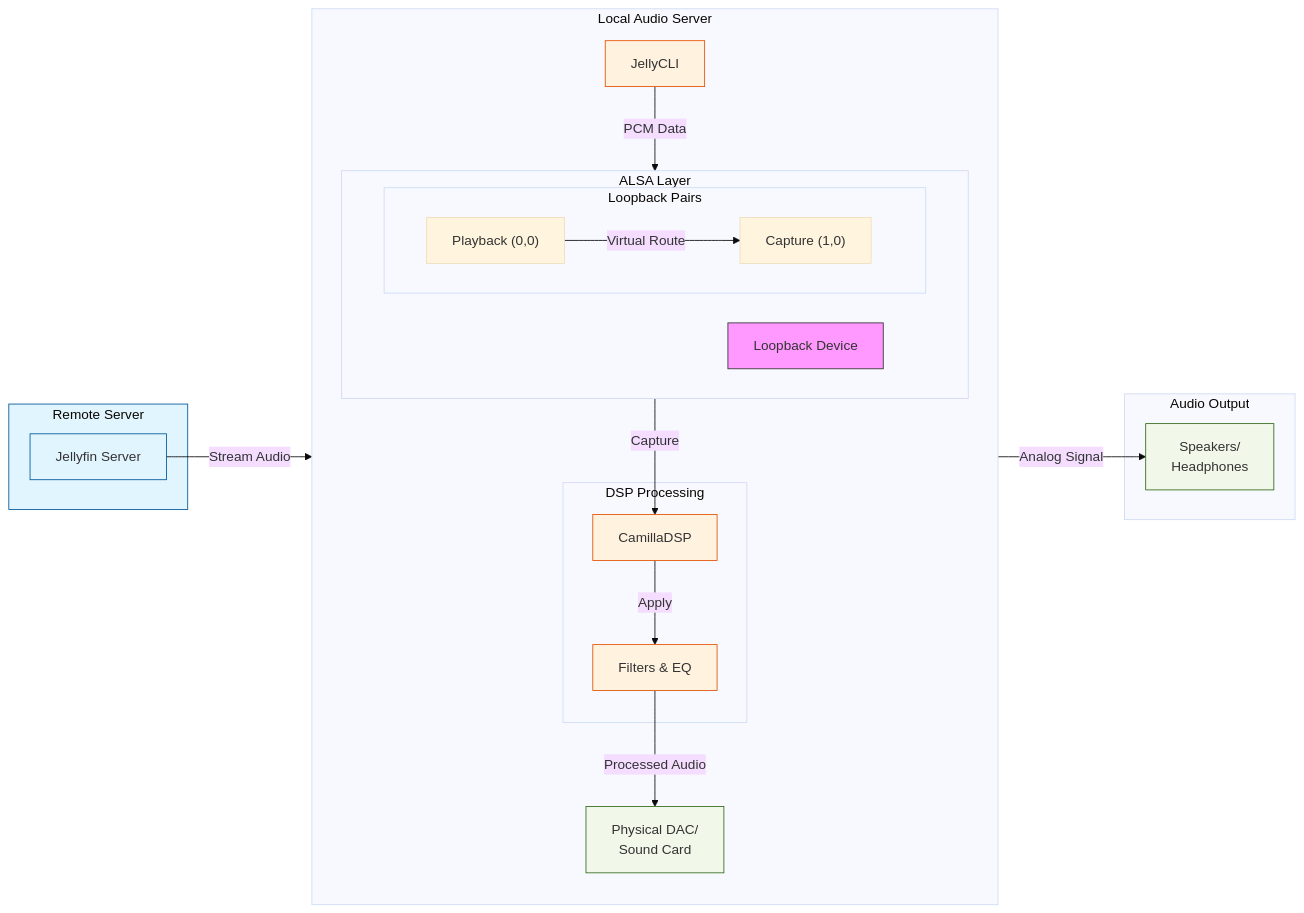
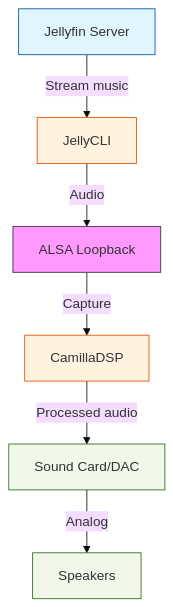
Before and after one commit to bkutasi/headless-camilladsp: the diagram in README.md, drawn with Mermaid (base theme). The commit also changed other lines of this file, not shown here.

Commit message:
README update

````diff
--- a/README.md
+++ b/README.md
@@ -219,50 +210,22 @@
 ```mermaid
-flowchart LR
-    subgraph Remote["Remote Server"]
-        JF[Jellyfin Server]
-    end
-    
-    subgraph Local["Local Audio Server"]
-        direction TB
-        JC[JellyCLI]
-        
-        subgraph ALSA["ALSA Layer"]
-            direction LR
-            LP["Loopback Device"]
-            style LP fill:#f9f,stroke:#333
-            subgraph Loop["Loopback Pairs"]
-                LPO["Playback (0,0)"]
-                LPI["Capture (1,0)"]
-            end
-        end
-        
-        subgraph DSP["DSP Processing"]
-            CD["CamillaDSP"]
-            CF["Filters & EQ"]
-        end
-        
-        DAC["Physical DAC/\nSound Card"]
-    end
-    
-    subgraph Output["Audio Output"]
-        SP["Speakers/\nHeadphones"]
-    end
-    
-    %% Connections
-    JF -->|"Stream Audio"| JC
-    JC -->|"PCM Data"| LPO
-    LPO -->|"Virtual Route"| LPI
-    LPI -->|"Capture"| CD
-    CD -->|"Apply"| CF
-    CF -->|"Processed Audio"| DAC
-    DAC -->|"Analog Signal"| SP
-    
-    %% Styles
-    classDef server fill:#e1f5fe,stroke:#01579b
-    classDef process fill:#fff3e0,stroke:#e65100
-    classDef hardware fill:#f1f8e9,stroke:#33691e
-    
-    class JF,Remote server
-    class JC,CD,CF process
-    class DAC,SP hardware
+flowchart TB
+    JF[Jellyfin Server]
+    JC[JellyCLI]
+    LP[ALSA Loopback]
+    CD[CamillaDSP]
+    DAC[Sound Card/DAC]
+    SP[Speakers]
+
+    JF -->|"Stream music"| JC
+    JC -->|"Audio"| LP
+    LP -->|"Capture"| CD
+    CD -->|"Processed audio"| DAC
+    DAC -->|"Analog"| SP
+
+    style JF fill:#e1f5fe,stroke:#01579b
+    style JC fill:#fff3e0,stroke:#e65100
+    style LP fill:#f9f,stroke:#333
+    style CD fill:#fff3e0,stroke:#e65100
+    style DAC fill:#f1f8e9,stroke:#33691e
+    style SP fill:#f1f8e9,stroke:#33691e
 ```
````
